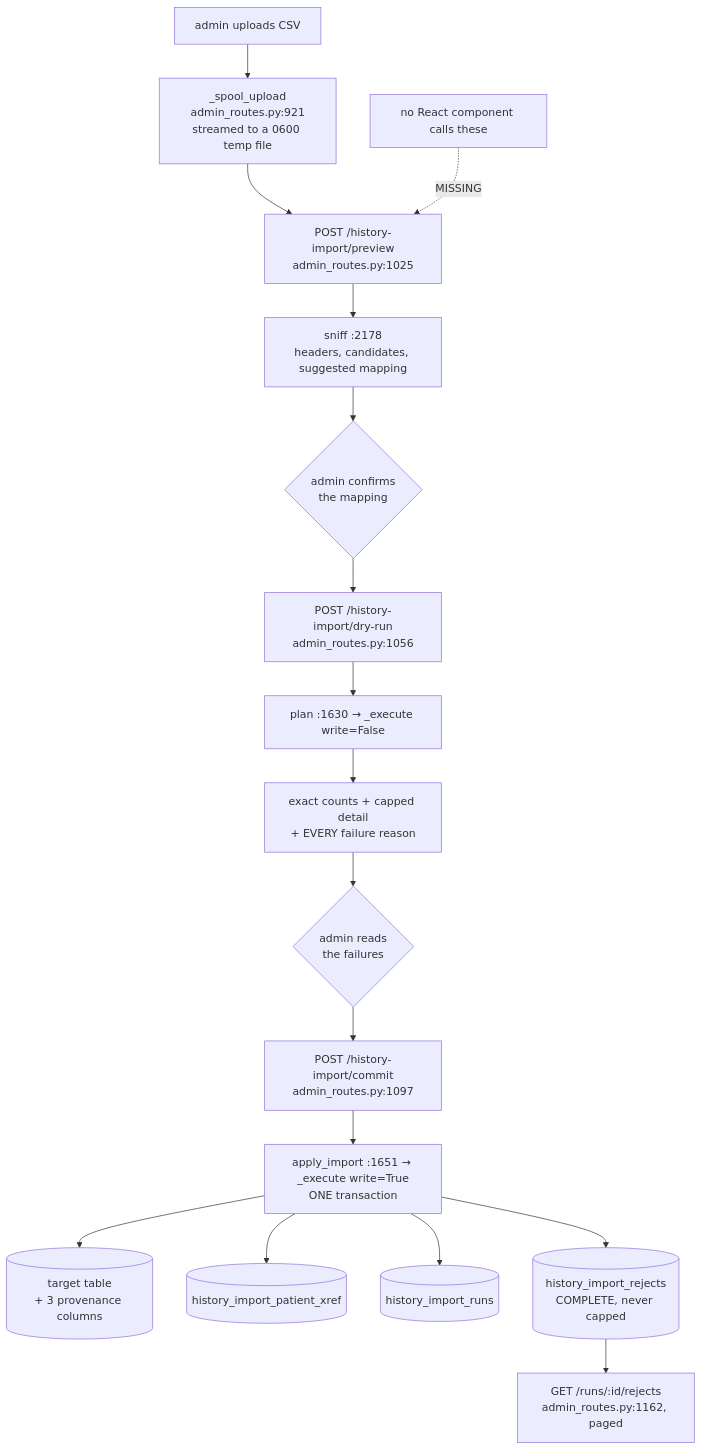
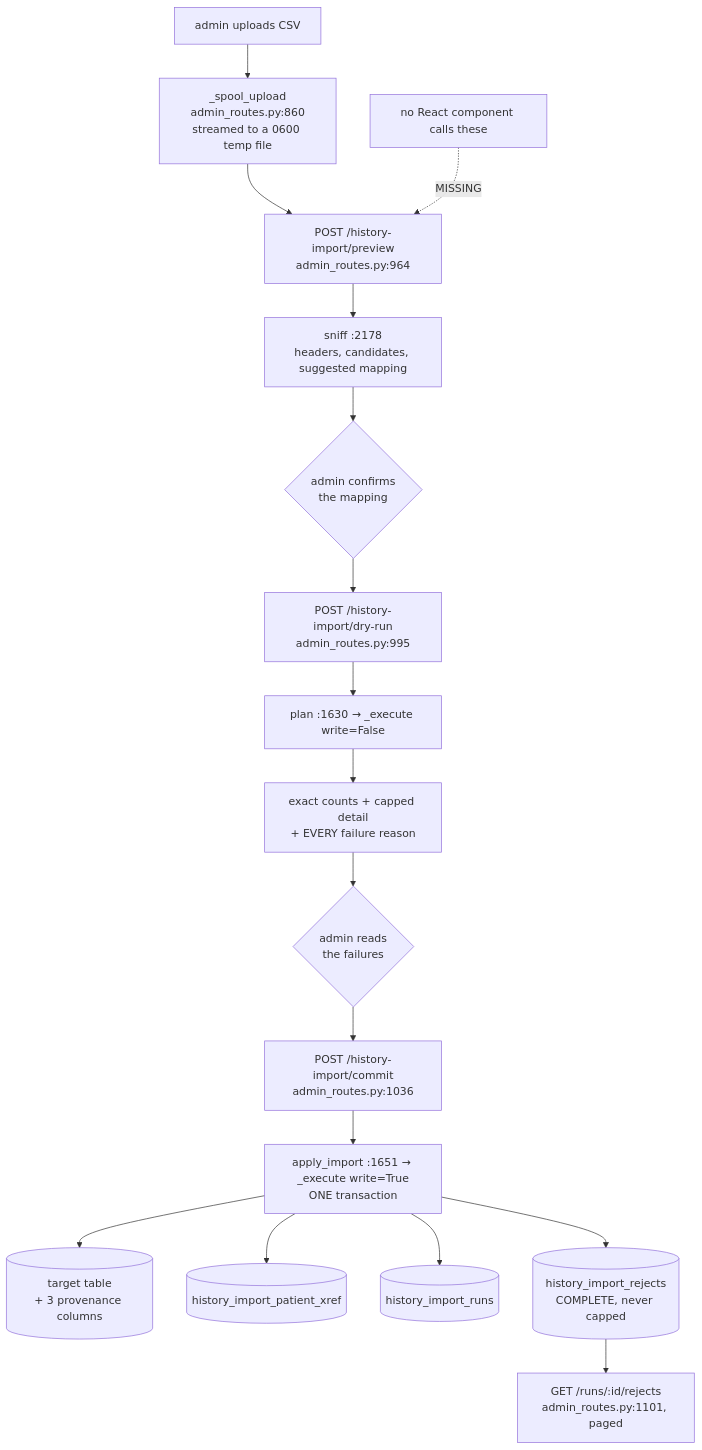
One commit to samuelmorningstar23/Orb changed the first of 2 diagrams in docs/guide/36-history-import.md. Above: the diagram before and after it, drawn with Mermaid. The commit also changed other lines of this file and 471 other files, not shown here.

````diff
--- a/docs/guide/36-history-import.md
+++ b/docs/guide/36-history-import.md
@@ -37,19 +37,19 @@
 ```mermaid
 graph TD
-  UP[admin uploads CSV] --> SPOOL[_spool_upload<br/>admin_routes.py:921<br/>streamed to a 0600 temp file]
-  SPOOL --> P1[POST /history-import/preview<br/>admin_routes.py:1025]
+  UP[admin uploads CSV] --> SPOOL[_spool_upload<br/>admin_routes.py:860<br/>streamed to a 0600 temp file]
+  SPOOL --> P1[POST /history-import/preview<br/>admin_routes.py:964]
   P1 --> SNIFF[sniff :2178<br/>headers, candidates, suggested mapping]
   SNIFF --> ADMIN{admin confirms<br/>the mapping}
-  ADMIN --> P2[POST /history-import/dry-run<br/>admin_routes.py:1056]
+  ADMIN --> P2[POST /history-import/dry-run<br/>admin_routes.py:995]
   P2 --> PLAN[plan :1630 → _execute write=False]
   PLAN --> REPORT[exact counts + capped detail<br/>+ EVERY failure reason]
   REPORT --> ADMIN2{admin reads<br/>the failures}
-  ADMIN2 --> P3[POST /history-import/commit<br/>admin_routes.py:1097]
+  ADMIN2 --> P3[POST /history-import/commit<br/>admin_routes.py:1036]
   P3 --> APPLY[apply_import :1651 → _execute write=True<br/>ONE transaction]
   APPLY --> ROWS[(target table<br/>+ 3 provenance columns)]
   APPLY --> XREF[(history_import_patient_xref)]
   APPLY --> RUNS[(history_import_runs)]
   APPLY --> REJ[(history_import_rejects<br/>COMPLETE, never capped)]
-  REJ --> P4[GET /runs/:id/rejects<br/>admin_routes.py:1162, paged]
+  REJ --> P4[GET /runs/:id/rejects<br/>admin_routes.py:1101, paged]
   UI[no React component calls these] -.->|MISSING| P1
 ```
````
